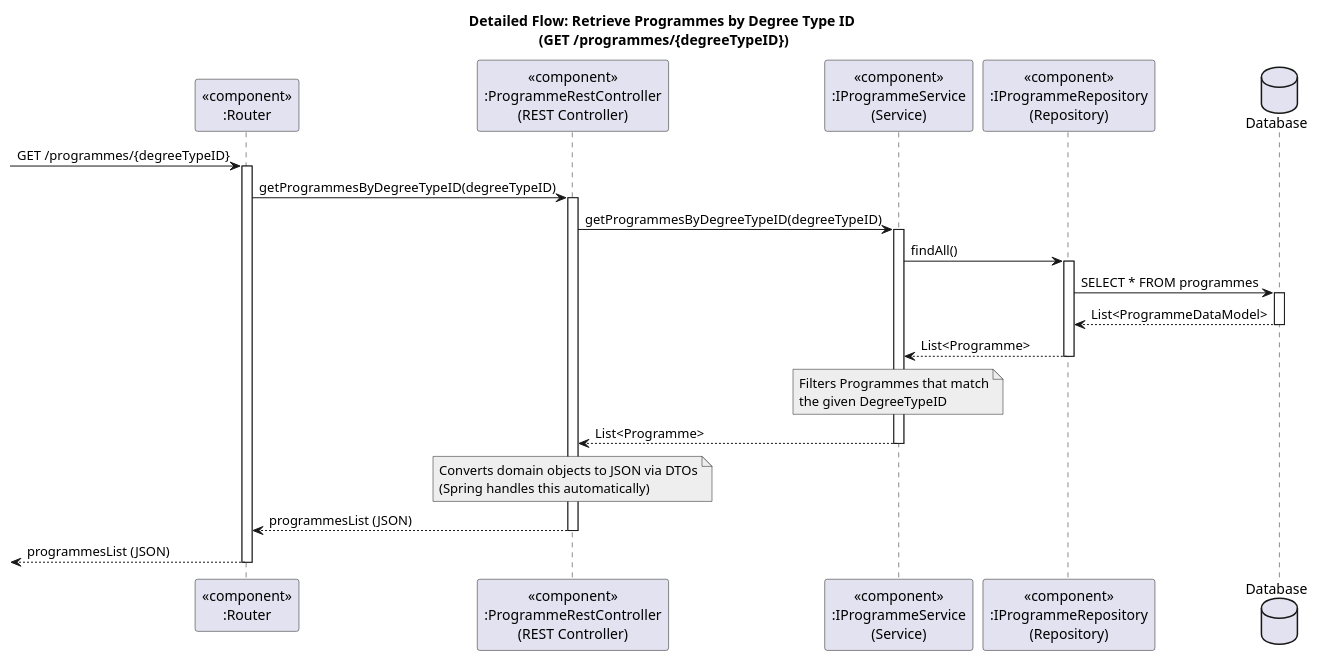
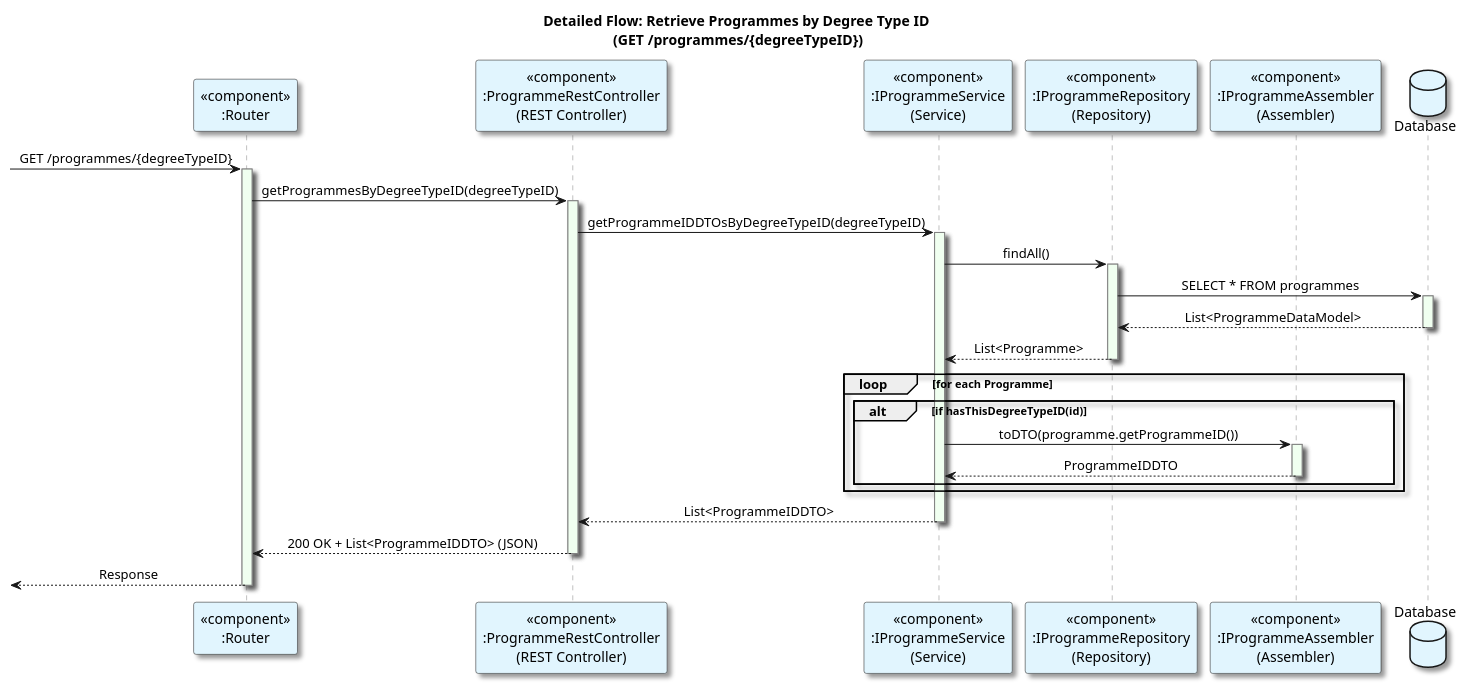
Before and after one commit to GasparISEP/DevOps-PAI: the diagram in docs/US19/Sprint6_RestAPI/ProcessView/references/Reference2_ListOfProgrammes.puml, drawn with PlantUML. The commit also changed 4 other files, not shown here.

Commit message:
[docs] Update all 4 Level 3 process view detailed flow diagrams (references) for createCourseEdition to reflect updated methods logic that decouples controller from domain, and simplify focus on essential flow (Refs: #536, #549)

```diff
--- a/docs/US19/Sprint6_RestAPI/ProcessView/references/Reference2_ListOfProgrammes.puml
+++ b/docs/US19/Sprint6_RestAPI/ProcessView/references/Reference2_ListOfProgrammes.puml
@@ -1,50 +1,54 @@
 @startuml
 title Detailed Flow: Retrieve Programmes by Degree Type ID \n(GET /programmes/{degreeTypeID})
-
-participant "<<component>>\n:Router" as Router
-participant "<<component>>\n:ProgrammeRestController\n(REST Controller)" as Controller
-participant "<<component>>\n:IProgrammeService\n(Service)" as Service
-participant "<<component>>\n:IProgrammeRepository\n(Repository)" as Repository
-database "Database" as DB
+skinparam sequence {
+    LifeLineBorderColor Grey
+    LifeLineBackgroundColor HoneyDew
+}
+skinparam defaultTextAlignment center
+skinparam shadowing true
+participant "<<component>>\n:Router" as Router #E1F5FE
+participant "<<component>>\n:ProgrammeRestController\n(REST Controller)" as Controller #E1F5FE
+participant "<<component>>\n:IProgrammeService\n(Service)" as Service #E1F5FE
+participant "<<component>>\n:IProgrammeRepository\n(Repository)" as Repository #E1F5FE
+participant "<<component>>\n:IProgrammeAssembler\n(Assembler)" as Assembler #E1F5FE
+database "Database" as DB #E1F5FE
 
 -> Router: GET /programmes/{degreeTypeID}
 activate Router
 
 Router -> Controller: getProgrammesByDegreeTypeID(degreeTypeID)
 activate Controller
 
-Controller -> Service: getProgrammesByDegreeTypeID(degreeTypeID)
+Controller -> Service: getProgrammeIDDTOsByDegreeTypeID(degreeTypeID)
 activate Service
 
 Service -> Repository: findAll()
 activate Repository
 
 Repository -> DB: SELECT * FROM programmes
 activate DB
-
 DB --> Repository: List<ProgrammeDataModel>
 deactivate DB
 
 Repository --> Service: List<Programme>
 deactivate Repository
 
-note over Service #EEEEEE
-Filters Programmes that match
-the given DegreeTypeID
-end note
+loop for each Programme
+    alt if hasThisDegreeTypeID(id)
+        Service -> Assembler: toDTO(programme.getProgrammeID())
+        activate Assembler
+        Assembler --> Service: ProgrammeIDDTO
+        deactivate Assembler
+    end
+end
 
-Service --> Controller: List<Programme>
+Service --> Controller: List<ProgrammeIDDTO>
 deactivate Service
 
-note over Controller #EEEEEE
-Converts domain objects to JSON via DTOs
-(Spring handles this automatically)
-end note
-
-Controller --> Router: programmesList (JSON)
+Controller --> Router: 200 OK + List<ProgrammeIDDTO> (JSON)
 deactivate Controller
 
-<-- Router: programmesList (JSON)
+<-- Router: Response
 deactivate Router
 
 @enduml
```
